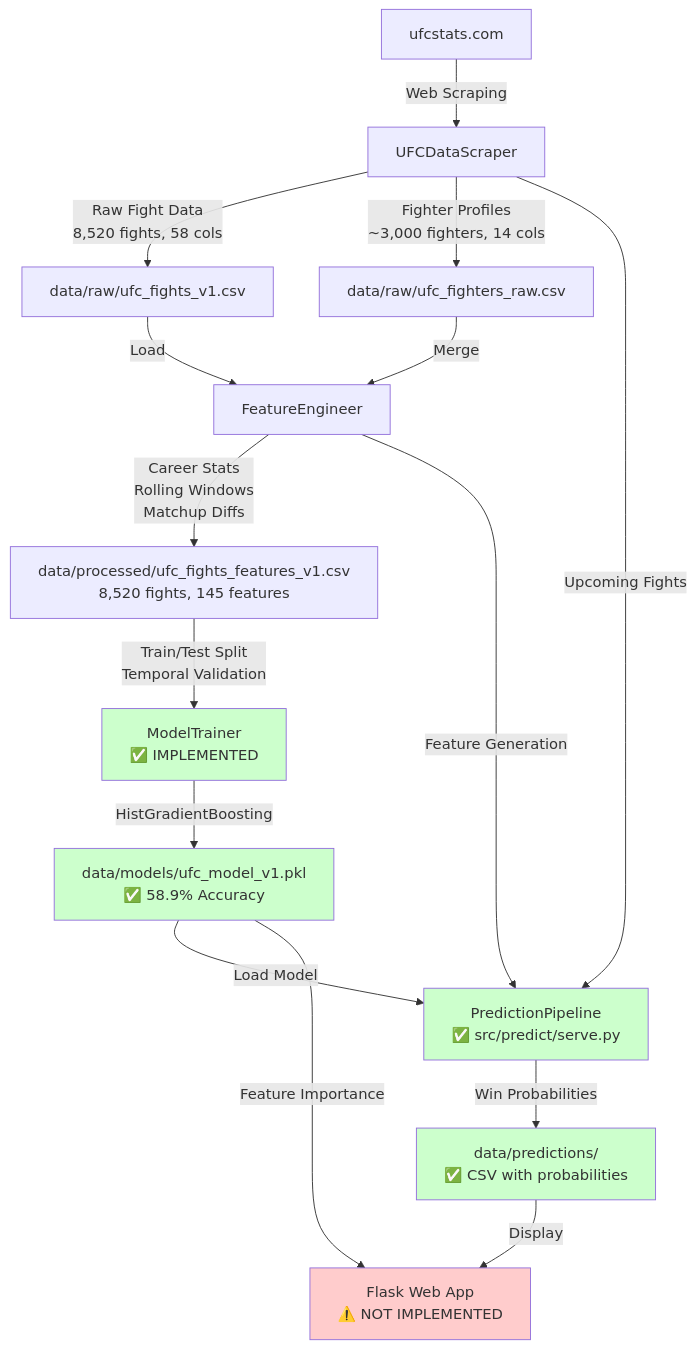
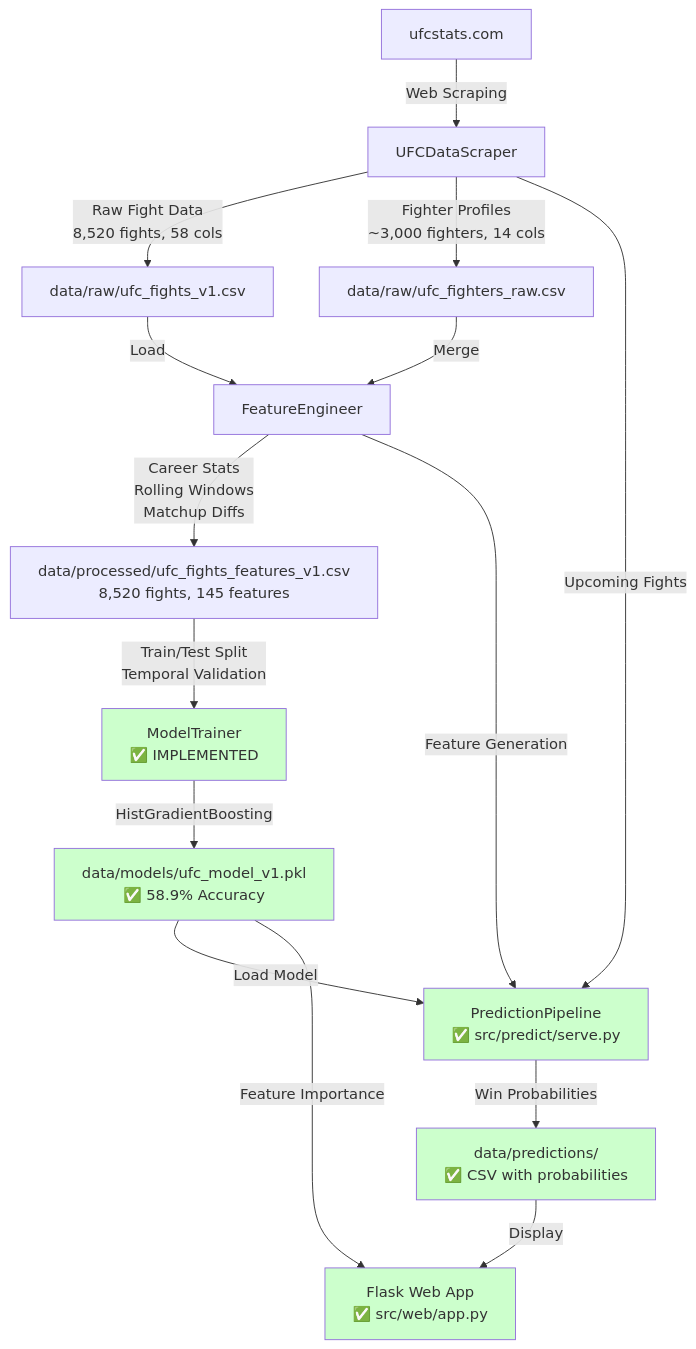
Before and after one commit to jsiwinski/ufc-fight-predictor: the diagram in ARCHITECTURE.md, drawn with Mermaid. The commit also changed other lines of this file and 18 other files, not shown here.

````diff
--- a/ARCHITECTURE.md
+++ b/ARCHITECTURE.md
@@ -18,28 +18,28 @@
 ```mermaid
 graph TD
     A[ufcstats.com] -->|Web Scraping| B[UFCDataScraper]
     B -->|Raw Fight Data<br/>8,520 fights, 58 cols| C[data/raw/ufc_fights_v1.csv]
     B -->|Fighter Profiles<br/>~3,000 fighters, 14 cols| D[data/raw/ufc_fighters_raw.csv]
 
     C -->|Load| E[FeatureEngineer]
     D -->|Merge| E
 
     E -->|Career Stats<br/>Rolling Windows<br/>Matchup Diffs| F[data/processed/ufc_fights_features_v1.csv<br/>8,520 fights, 145 features]
 
     F -->|Train/Test Split<br/>Temporal Validation| G[ModelTrainer<br/>✅ IMPLEMENTED]
     G -->|HistGradientBoosting| H[data/models/ufc_model_v1.pkl<br/>✅ 58.9% Accuracy]
 
     H -->|Load Model| I[PredictionPipeline<br/>✅ src/predict/serve.py]
     B -->|Upcoming Fights| I
     E -->|Feature Generation| I
     I -->|Win Probabilities| J[data/predictions/<br/>✅ CSV with probabilities]
 
-    J -->|Display| K[Flask Web App<br/>⚠️ NOT IMPLEMENTED]
+    J -->|Display| K[Flask Web App<br/>✅ src/web/app.py]
     H -->|Feature Importance| K
 
     style G fill:#ccffcc
     style H fill:#ccffcc
     style I fill:#ccffcc
     style J fill:#ccffcc
-    style K fill:#ffcccc
+    style K fill:#ccffcc
 ```
````
